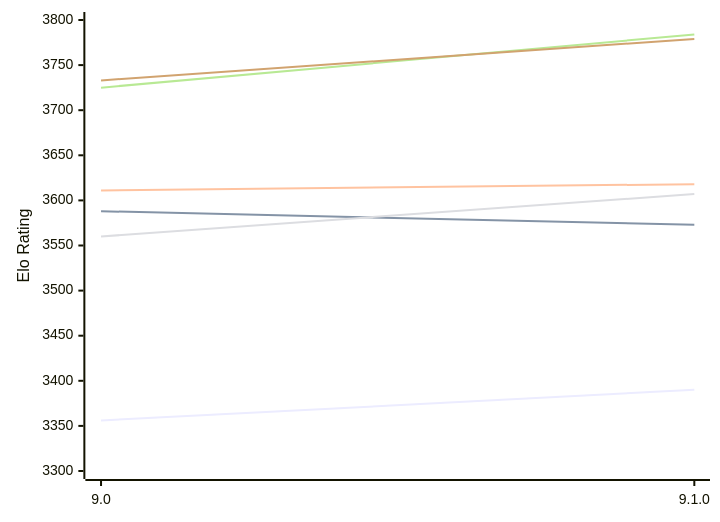
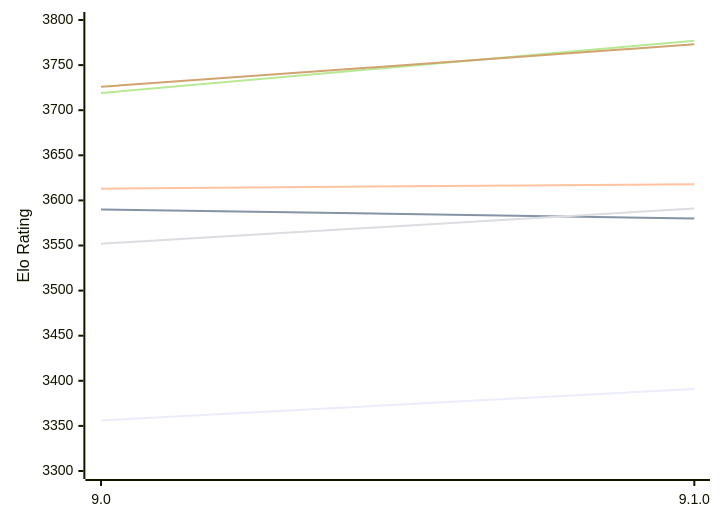
Before and after one commit to computer-chess-index/cci: the first of 2 diagrams in engines/Alexandria.md, drawn with Mermaid. The commit also changed other lines of this file, not shown here.

Commit message:
Update CCI Ratings (ELO VLTC) - 2026-10-14

````diff
--- a/engines/Alexandria.md
+++ b/engines/Alexandria.md
@@ -54,12 +54,12 @@
 ```mermaid
 %%{init: {"theme":"base","themeVariables":{"seriesColors:['#a3a3a3','#222221','#faa371']}}}%%
 xychart-beta
   x-axis ["9.0", "9.1.0"]
   y-axis "Elo Rating" 3300 --> 3800
-  line "E1: STC (8.0+0.08s)" [3356, 3390]
-  line "E1: LTC (60.0+0.60s)" [3588, 3573]
-  line "E1: VLTC (2m24s+1.12s)" [3611, 3618]
-  line "P1: STC (8.0+0.08s)" [3560, 3607]
-  line "P1: LTC (60.0+0.60s)" [3725, 3784]
-  line "P1: VLTC (2m24s+1.12s)" [3733, 3779]
+  line "E1: STC (8.0+0.08s)" [3356, 3391]
+  line "E1: LTC (60.0+0.60s)" [3590, 3580]
+  line "E1: VLTC (2m24s+1.12s)" [3613, 3618]
+  line "P1: STC (8.0+0.08s)" [3552, 3591]
+  line "P1: LTC (60.0+0.60s)" [3719, 3777]
+  line "P1: VLTC (2m24s+1.12s)" [3726, 3773]
 ```
````
